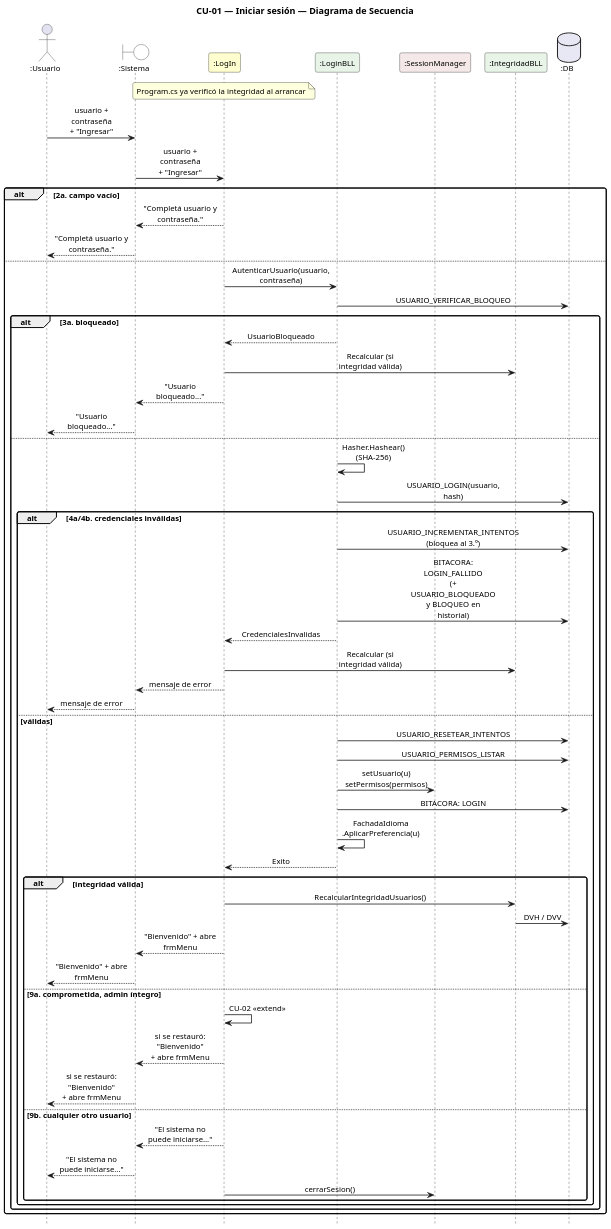
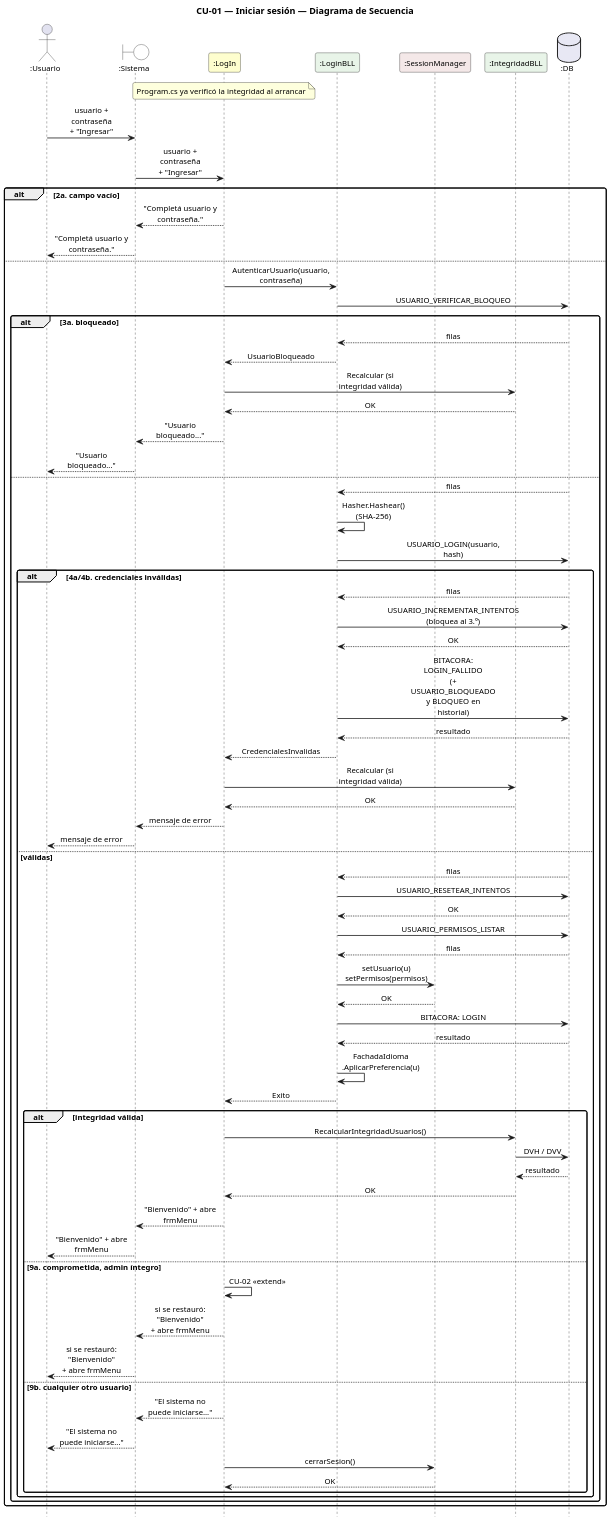
The diagram in DIAGRAMAS/DiagramaSecuencia_CU01_IniciarSesion.puml (Urrels/ingenieria_software), drawn with PlantUML before and after one commit. The commit also changed 104 other files, not shown here.

First line of the commit message:
Instalador en un clic, retornos en los diagramas y CU separados en alta/baja/modificación

```diff
--- a/DIAGRAMAS/DiagramaSecuencia_CU01_IniciarSesion.puml
+++ b/DIAGRAMAS/DiagramaSecuencia_CU01_IniciarSesion.puml
@@ -1,73 +1,88 @@
 @startuml DiagramaSecuencia_CU01_IniciarSesion
 
 title CU-01 — Iniciar sesión — Diagrama de Secuencia
 
 skinparam shadowing false
 skinparam roundcorner 6
 skinparam sequenceArrowThickness 1.2
 skinparam ParticipantPadding 6
 skinparam BoxPadding 4
 skinparam maxMessageSize 115
 skinparam sequenceMessageAlign center
 skinparam defaultFontSize 12
 skinparam dpi 140
 hide footbox
 
 actor ":Usuario" as U
 boundary ":Sistema" as SYS #FFFFFF
 participant ":LogIn" as F #FEFECE
 participant ":LoginBLL" as L #E8F4E8
 participant ":SessionManager" as S #F4E8E8
 participant ":IntegridadBLL" as I #E8F4E8
 database ":DB" as DB #E8E8F4
 
 note over F : Program.cs ya verificó la integridad al arrancar
 U -> SYS : usuario + contraseña\n+ "Ingresar"
 SYS -> F : usuario + contraseña\n+ "Ingresar"
 alt 2a. campo vacío
   F --> SYS : "Completá usuario y contraseña."
   SYS --> U : "Completá usuario y contraseña."
 else
   F -> L : AutenticarUsuario(usuario, contraseña)
   L -> DB : USUARIO_VERIFICAR_BLOQUEO
   alt 3a. bloqueado
+    DB --> L : filas
     L --> F : UsuarioBloqueado
     F -> I : Recalcular (si integridad válida)
+    I --> F : OK
     F --> SYS : "Usuario bloqueado..."
     SYS --> U : "Usuario bloqueado..."
   else
+    DB --> L : filas
     L -> L : Hasher.Hashear()\n(SHA-256)
     L -> DB : USUARIO_LOGIN(usuario, hash)
     alt 4a/4b. credenciales inválidas
+      DB --> L : filas
       L -> DB : USUARIO_INCREMENTAR_INTENTOS\n(bloquea al 3.º)
+      DB --> L : OK
       L -> DB : BITACORA: LOGIN_FALLIDO\n(+ USUARIO_BLOQUEADO\ny BLOQUEO en historial)
+      DB --> L : resultado
       L --> F : CredencialesInvalidas
       F -> I : Recalcular (si integridad válida)
+      I --> F : OK
       F --> SYS : mensaje de error
       SYS --> U : mensaje de error
     else válidas
+      DB --> L : filas
       L -> DB : USUARIO_RESETEAR_INTENTOS
+      DB --> L : OK
       L -> DB : USUARIO_PERMISOS_LISTAR
+      DB --> L : filas
       L -> S : setUsuario(u)\nsetPermisos(permisos)
+      S --> L : OK
       L -> DB : BITACORA: LOGIN
+      DB --> L : resultado
       L -> L : FachadaIdioma\n.AplicarPreferencia(u)
       L --> F : Exito
       alt integridad válida
         F -> I : RecalcularIntegridadUsuarios()
         I -> DB : DVH / DVV
+        DB --> I : resultado
+        I --> F : OK
         F --> SYS : "Bienvenido" + abre frmMenu
         SYS --> U : "Bienvenido" + abre frmMenu
       else 9a. comprometida, admin íntegro
         F -> F : CU-02 «extend»
         F --> SYS : si se restauró: "Bienvenido"\n+ abre frmMenu
         SYS --> U : si se restauró: "Bienvenido"\n+ abre frmMenu
       else 9b. cualquier otro usuario
         F --> SYS : "El sistema no puede iniciarse..."
         SYS --> U : "El sistema no puede iniciarse..."
         F -> S : cerrarSesion()
+        S --> F : OK
       end
     end
   end
 end
 
 @enduml
```
